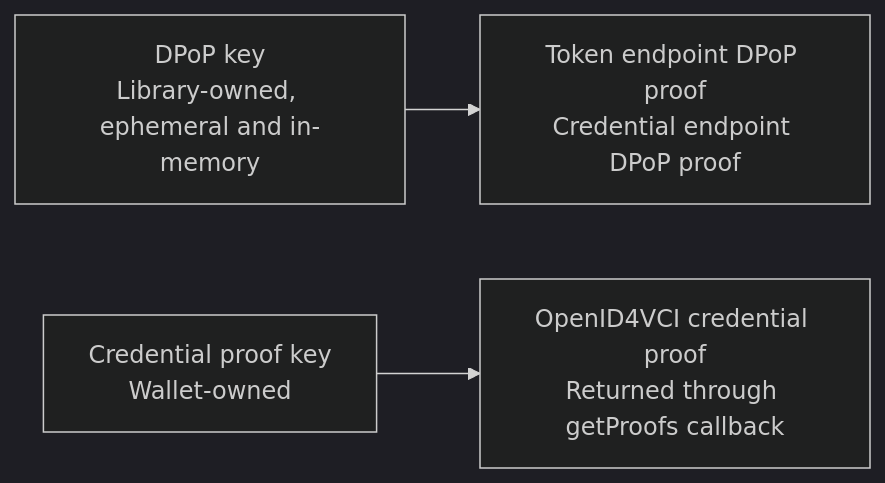
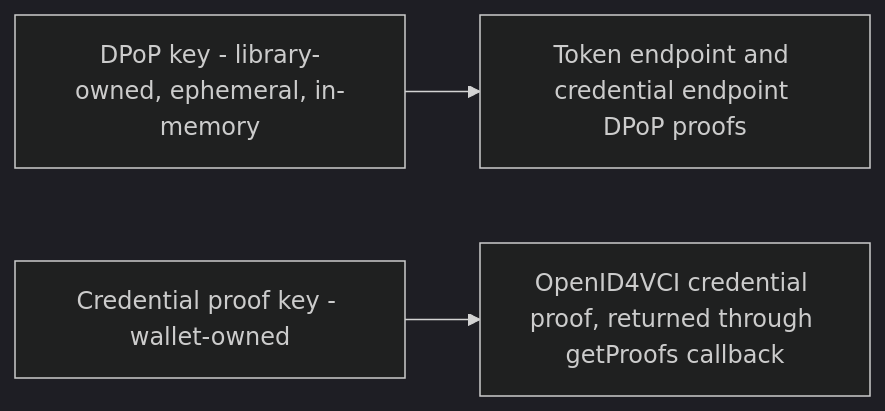
One commit to inji/inji-wallet changed the eighth of 9 diagrams in docs/dpop-support.md. Above: the diagram before and after it, drawn with Mermaid (dark theme). The commit also changed other lines of this file, not shown here.

First line of the commit message:
docs(dpop): clarify nonce naming and token endpoint boundary

````diff
--- a/docs/dpop-support.md
+++ b/docs/dpop-support.md
@@ -369,5 +369,5 @@
 ```mermaid
 graph LR
-  DPoP["DPoP key<br/>Library-owned, ephemeral and in-memory"] --> T["Token endpoint DPoP proof<br/>Credential endpoint DPoP proof"]
-  Proof["Credential proof key<br/>Wallet-owned"] --> P["OpenID4VCI credential proof<br/>Returned through getProofs callback"]
+  DPoP["DPoP key - library-owned, ephemeral, in-memory"] --> T["Token endpoint and credential endpoint DPoP proofs"]
+  Proof["Credential proof key - wallet-owned"] --> P["OpenID4VCI credential proof, returned through getProofs callback"]
 ```
````
